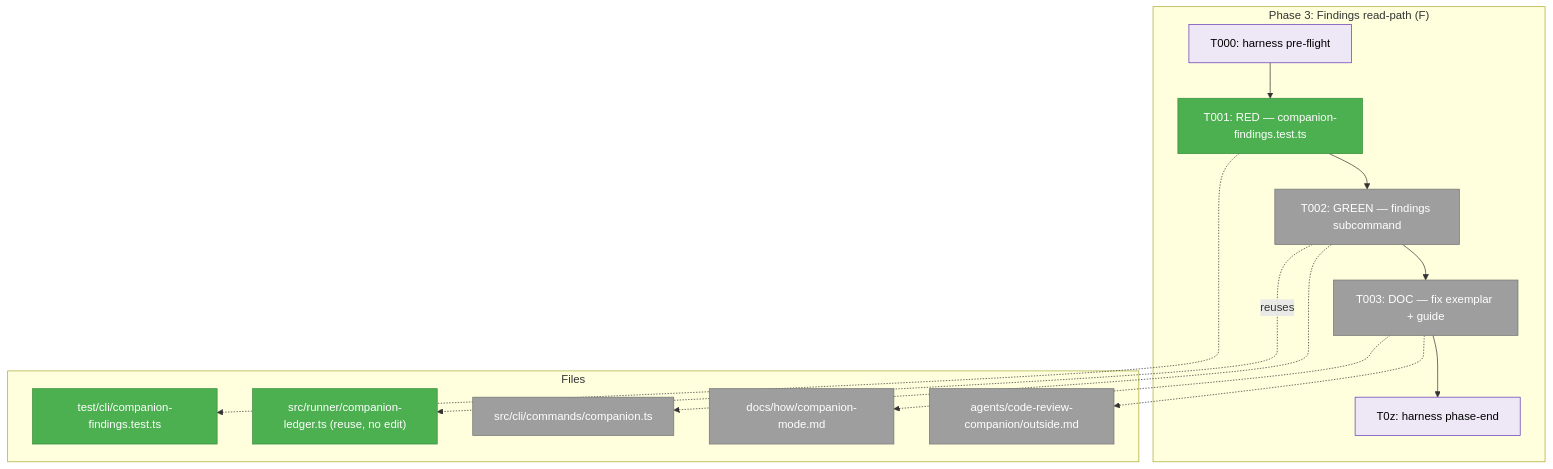
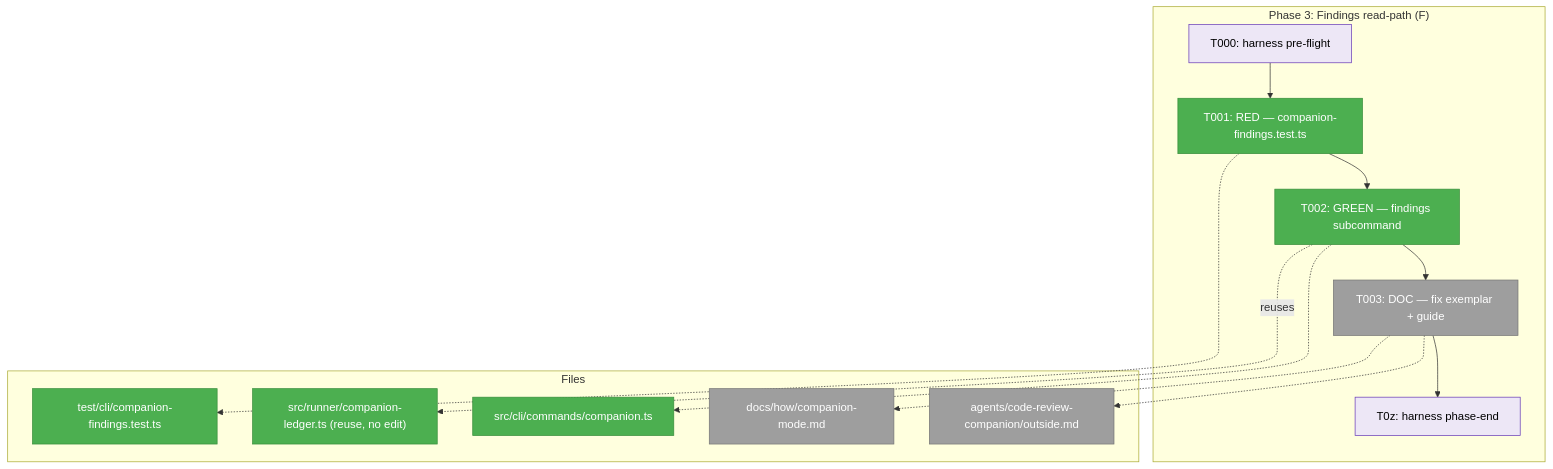
The first of 3 diagrams in docs/plans/028-companion-mode-reliability/tasks/phase-3-findings-read-path-f/tasks.md (AI-Substrate/minih), drawn with Mermaid before and after one commit. The commit also changed other lines of this file and 2 other files, not shown here.

Commit message:
feat: `minih companion findings <slug>` reads findings + summary any lane (#50 F, plan 028 T002)
Adds a findings subcommand to src/cli/commands/companion.ts mirroring the
sibling status action: same --run/--json plumbing, latestRunId default,
RUN_NOT_FOUND guards, CompanionLedgerError -> INBOX_CORRUPT. Emits
companion.findings { slug, runId, findings, summariesCount, draftFarewell }
over the existing lane-agnostic deriveCompanionLedger().findings + the
buildDraftFarewell summary content — no new ledger API (Finding 02). An
operator now reads a companion's findings + summary with one documented
command regardless of which inbox lane carried them.

Suite 1408 pass / 16 skip / 0 fail; tsc clean. T001 now GREEN (4/4).

````diff
--- a/docs/plans/028-companion-mode-reliability/tasks/phase-3-findings-read-path-f/tasks.md
+++ b/docs/plans/028-companion-mode-reliability/tasks/phase-3-findings-read-path-f/tasks.md
@@ -64,29 +64,29 @@
 ```mermaid
 flowchart TD
     classDef pending fill:#9E9E9E,stroke:#757575,color:#fff
     classDef completed fill:#4CAF50,stroke:#388E3C,color:#fff
     classDef seam fill:#EDE7F6,stroke:#673AB7,color:#000
 
     subgraph Phase["Phase 3: Findings read-path (F)"]
         T000["T000: harness pre-flight"]:::seam
         T001["T001: RED — companion-findings.test.ts"]:::completed
-        T002["T002: GREEN — findings subcommand"]:::pending
+        T002["T002: GREEN — findings subcommand"]:::completed
         T003["T003: DOC — fix exemplar + guide"]:::pending
         T0z["T0z: harness phase-end"]:::seam
         T000 --> T001 --> T002 --> T003 --> T0z
     end
 
     subgraph Files["Files"]
-        F1["src/cli/commands/companion.ts"]:::pending
+        F1["src/cli/commands/companion.ts"]:::completed
         F2["test/cli/companion-findings.test.ts"]:::completed
         F3["src/runner/companion-ledger.ts (reuse, no edit)"]:::completed
         F4["agents/code-review-companion/outside.md"]:::pending
         F5["docs/how/companion-mode.md"]:::pending
     end
 
     T001 -.-> F2
     T002 -.-> F1
     T002 -. reuses .-> F3
     T003 -.-> F4
     T003 -.-> F5
 ```
````
